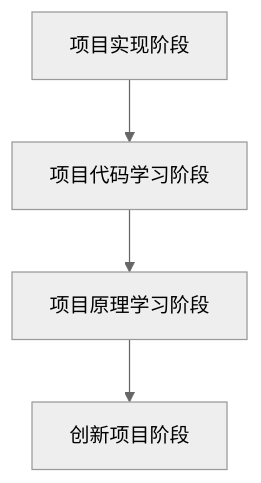
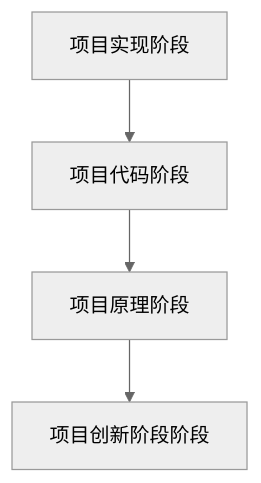
The diagram in README.md (PYuzhang/AI-program-from-zero), drawn with Mermaid (neutral theme) before and after one commit.

````diff
--- a/README.md
+++ b/README.md
@@ -7,4 +7,4 @@
 ```mermaid
 graph TD;
-项目实现阶段-->项目代码学习阶段-->项目原理学习阶段-->创新项目阶段;
+项目实现阶段-->项目代码阶段-->项目原理阶段-->项目创新阶段阶段;
 ```
````
